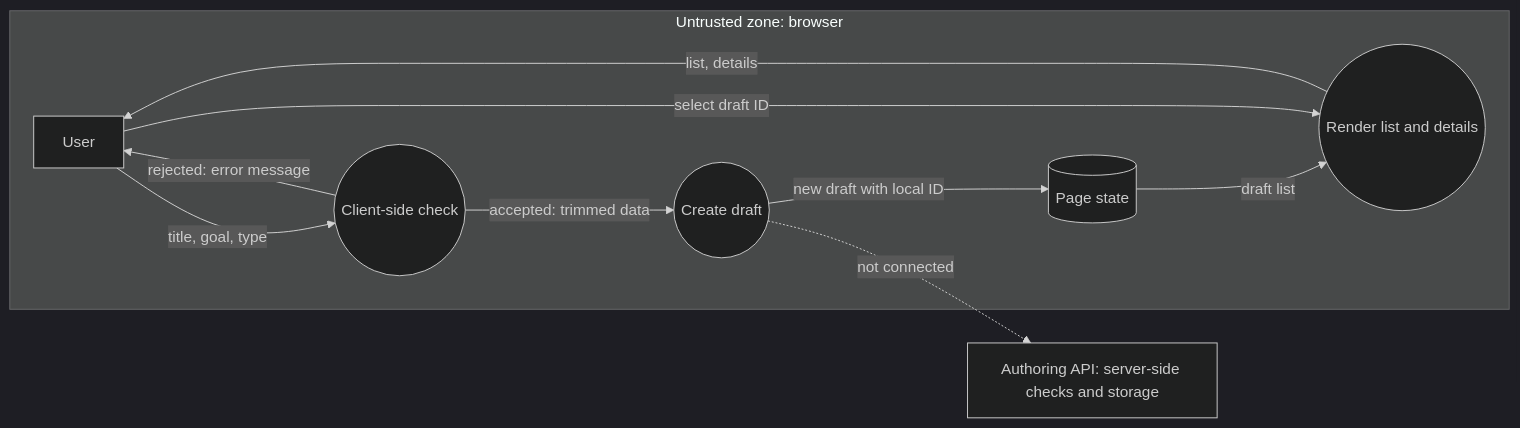
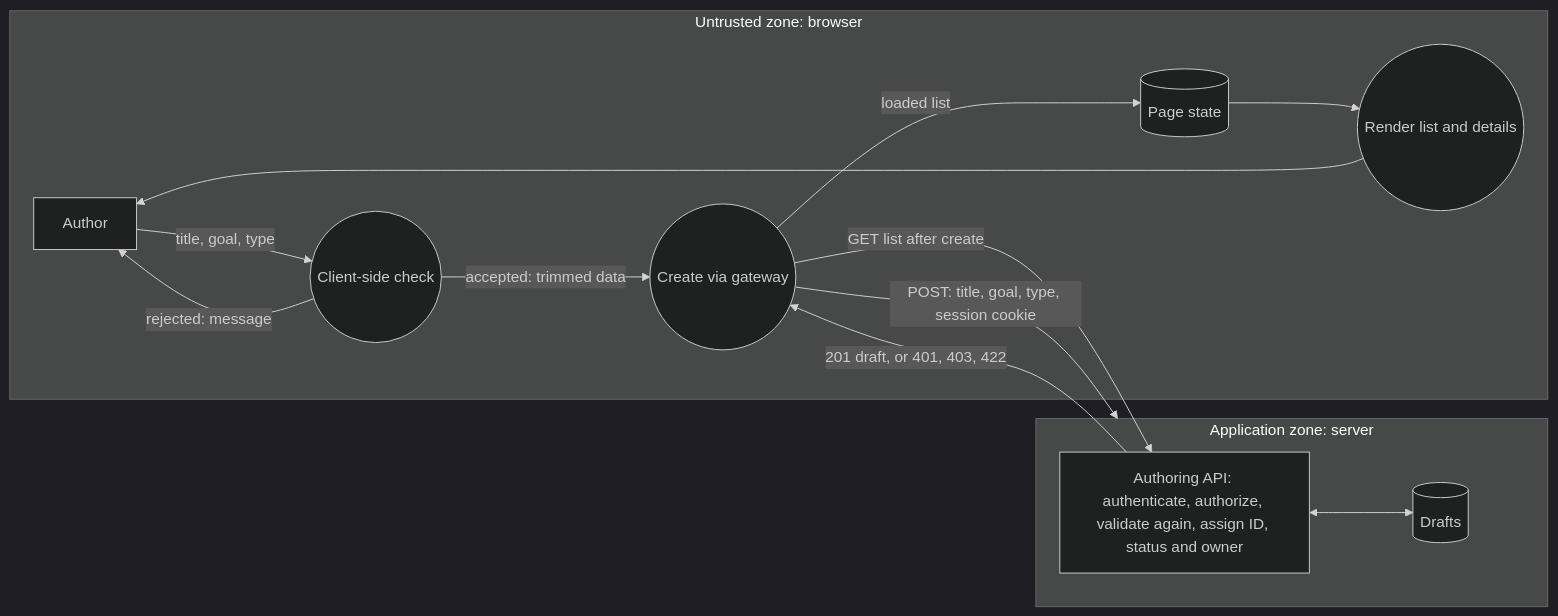
One commit to owlCoder/security-lab changed the second of 2 diagrams in docs/components/AUT-01 AUT-06/AUT-01-frontend.md. Above: the diagram before and after it, drawn with Mermaid (dark theme). The commit also changed other lines of this file and 3 other files, not shown here.

````diff
--- a/docs/components/AUT-01 AUT-06/AUT-01-frontend.md
+++ b/docs/components/AUT-01 AUT-06/AUT-01-frontend.md
@@ -51,13 +57,19 @@
 ```mermaid
 flowchart LR
   subgraph B["Untrusted zone: browser"]
-    U[User] -->|title, goal, type| P1((Client-side check))
-    P1 -->|rejected: error message| U
-    P1 -->|accepted: trimmed data| P2((Create draft))
-    P2 -->|new draft with local ID| D1[(Page state)]
-    D1 -->|draft list| P3((Render list and details))
-    U -->|select draft ID| P3
-    P3 -->|list, details| U
+    U[Author] -->|title, goal, type| P1((Client-side check))
+    P1 -->|rejected: message| U
+    P1 -->|accepted: trimmed data| P2((Create via gateway))
+    P2 -->|loaded list| D1[(Page state)]
+    D1 --> P3((Render list and details))
+    P3 --> U
   end
-  P2 -. "not connected" .-> S["Authoring API: server-side checks and storage"]
+  P2 -->|POST: title, goal, type, session cookie| S
+  subgraph S["Application zone: server"]
+    A["Authoring API: authenticate, authorize, validate again, assign ID, status and owner"]
+    DB[(Drafts)]
+    A <--> DB
+  end
+  A -->|201 draft, or 401, 403, 422| P2
+  P2 -->|GET list after create| A
 ```
````
